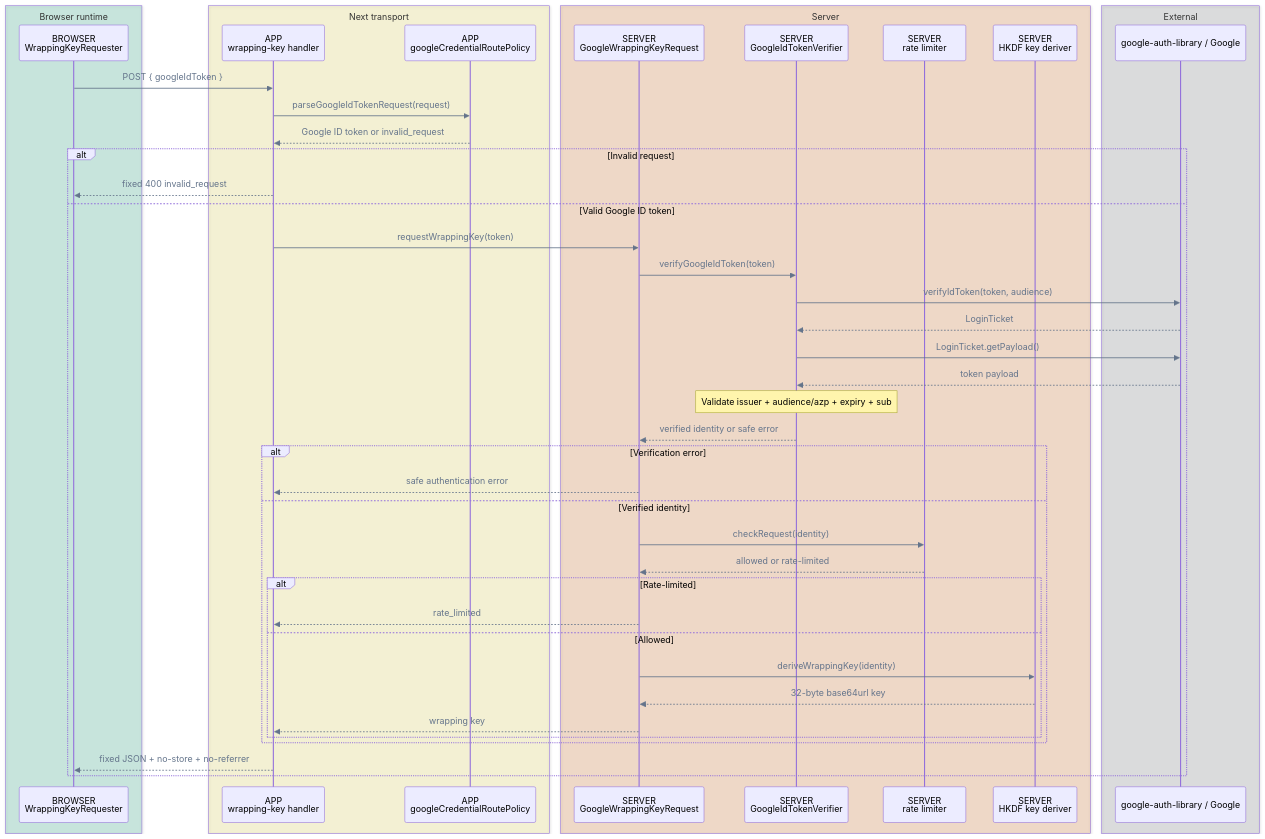
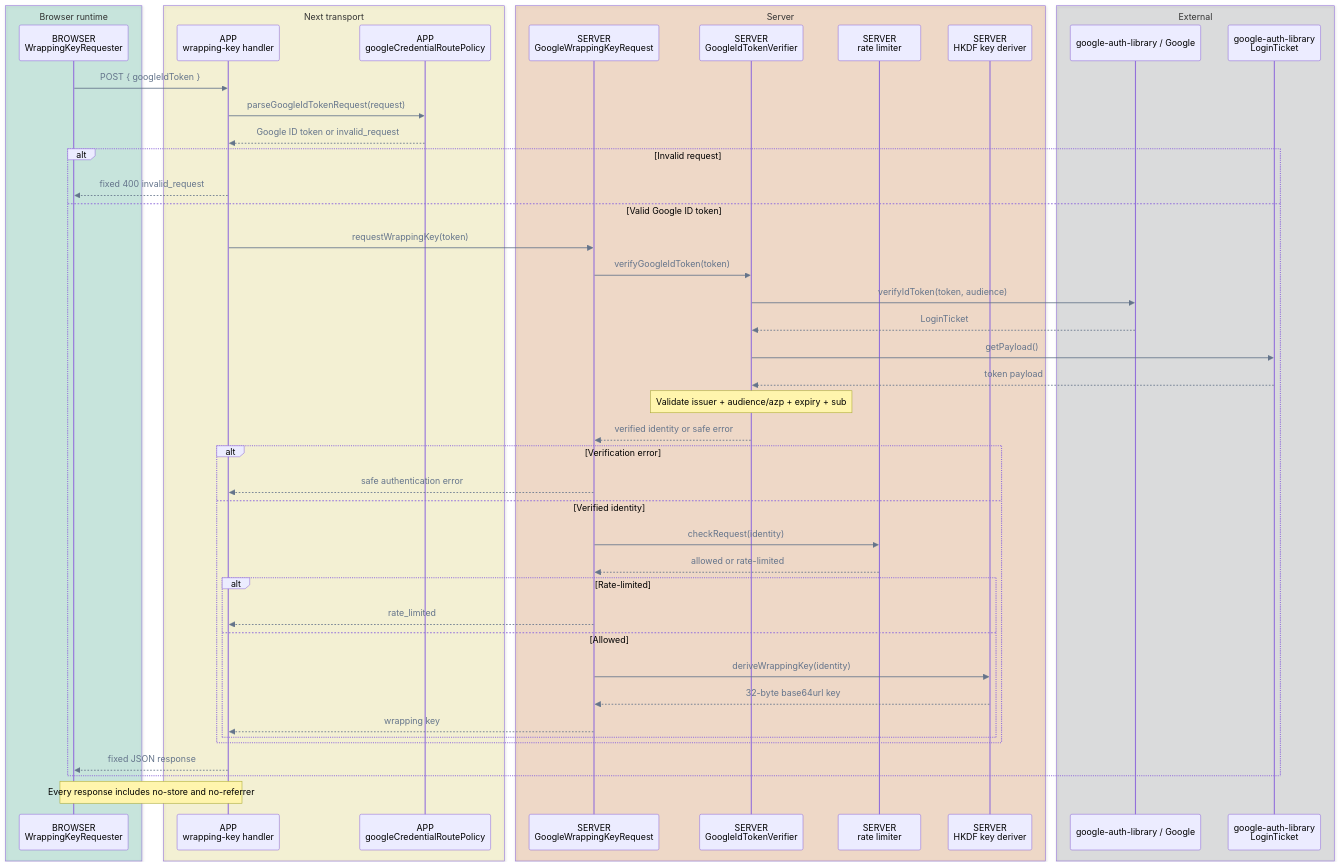
Before and after one commit to pubky/pubky-passport: diagram 13 of 14 in FLOWS.md, drawn with Mermaid. The commit also changed other lines of this file, not shown here.

Commit message:
docs: align runtime flows with implementation

````diff
--- a/FLOWS.md
+++ b/FLOWS.md
@@ -701,52 +728,54 @@
 ```mermaid
 %%{init: {"themeVariables": {"signalColor": "#64748B", "signalTextColor": "#64748B"}}}%%
 sequenceDiagram
     accTitle: Google wrapping-key API call flow
     accDescr: The route validates its request, verifies Google identity claims, applies a keyed identity rate limit, and derives wrapping material with HKDF.
     box rgba(0, 158, 115, 0.18) Browser runtime
         participant Browser as BROWSER<br/>WrappingKeyRequester
     end
     box rgba(240, 228, 66, 0.18) Next transport
         participant Handler as APP<br/>wrapping-key handler
         participant Policy as APP<br/>googleCredentialRoutePolicy
     end
     box rgba(213, 94, 0, 0.18) Server
         participant Request as SERVER<br/>GoogleWrappingKeyRequest
         participant Verifier as SERVER<br/>GoogleIdTokenVerifier
         participant Limiter as SERVER<br/>rate limiter
         participant Deriver as SERVER<br/>HKDF key deriver
     end
     box rgba(17, 24, 39, 0.12) External
         participant Google as google-auth-library / Google
+        participant Ticket as google-auth-library<br/>LoginTicket
     end
 
     Browser->>Handler: POST { googleIdToken }
     Handler->>Policy: parseGoogleIdTokenRequest(request)
     Policy-->>Handler: Google ID token or invalid_request
     alt Invalid request
         Handler-->>Browser: fixed 400 invalid_request
     else Valid Google ID token
         Handler->>Request: requestWrappingKey(token)
         Request->>Verifier: verifyGoogleIdToken(token)
         Verifier->>Google: verifyIdToken(token, audience)
         Google-->>Verifier: LoginTicket
-        Verifier->>Google: LoginTicket.getPayload()
-        Google-->>Verifier: token payload
+        Verifier->>Ticket: getPayload()
+        Ticket-->>Verifier: token payload
         Note over Verifier: Validate issuer + audience/azp + expiry + sub
         Verifier-->>Request: verified identity or safe error
         alt Verification error
             Request-->>Handler: safe authentication error
         else Verified identity
             Request->>Limiter: checkRequest(identity)
             Limiter-->>Request: allowed or rate-limited
             alt Rate-limited
                 Request-->>Handler: rate_limited
             else Allowed
                 Request->>Deriver: deriveWrappingKey(identity)
                 Deriver-->>Request: 32-byte base64url key
                 Request-->>Handler: wrapping key
             end
         end
-        Handler-->>Browser: fixed JSON + no-store + no-referrer
+        Handler-->>Browser: fixed JSON response
     end
+    Note over Handler,Browser: Every response includes no-store and no-referrer
 ```
````
